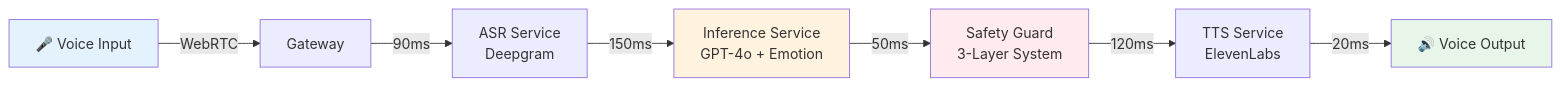
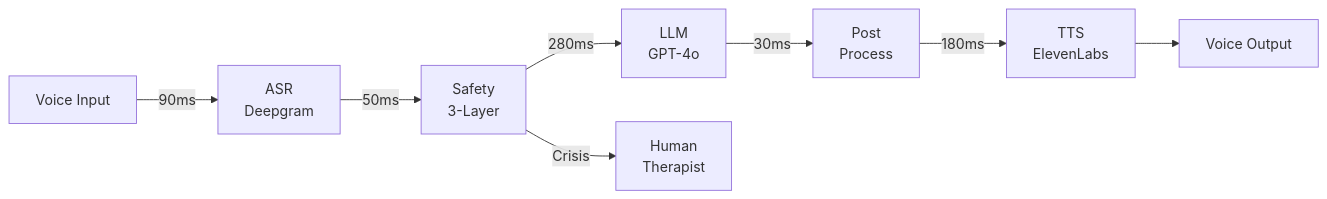
The diagram in README.md (genius8267/AI-_Intune-Care), drawn with Mermaid before and after one commit. The commit also changed other lines of this file and 23 other files, not shown here.

````diff
--- a/README.md
+++ b/README.md
@@ -65,14 +76,11 @@
 ```mermaid
 graph LR
-    A[🎤 Voice Input] -->|WebRTC| B[Gateway]
-    B -->|90ms| C[ASR Service<br/>Deepgram]
-    C -->|150ms| D[Inference Service<br/>GPT-4o + Emotion]
-    D -->|50ms| E[Safety Guard<br/>3-Layer System]
-    E -->|120ms| F[TTS Service<br/>ElevenLabs]
-    F -->|20ms| G[🔊 Voice Output]
+    A[Voice Input] -->|90ms| B[ASR<br/>Deepgram]
+    B -->|50ms| C[Safety<br/>3-Layer]
+    C -->|280ms| D[LLM<br/>GPT-4o]
+    D -->|30ms| E[Post<br/>Process]
+    E -->|180ms| F[TTS<br/>ElevenLabs]
+    F --> G[Voice Output]
     
-    style A fill:#e3f2fd
-    style D fill:#fff3e0
-    style E fill:#ffebee
-    style G fill:#e8f5e9
+    C -->|Crisis| H[Human<br/>Therapist]
 ```
````
